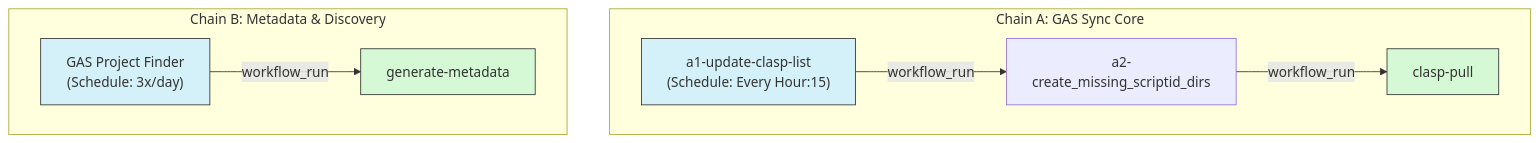
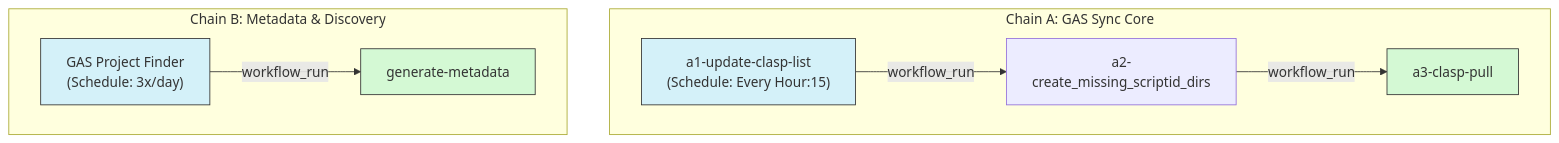
The diagram in .github/workflows/AGENTS.md (TakashiSasaki/gas.moukaeritai.work), drawn with Mermaid before and after one commit. The commit also changed other lines of this file and 1 other file, not shown here.

First line of the commit message:
refactor: rename clasp-pull.yml to a3-clasp-pull.yml

````diff
--- a/.github/workflows/AGENTS.md
+++ b/.github/workflows/AGENTS.md
@@ -58,16 +58,16 @@
 ```mermaid
 graph TD
     subgraph "Chain A: GAS Sync Core"
         A1["a1-update-clasp-list<br/>(Schedule: Every Hour:15)"] -->|workflow_run| A2["a2-create_missing_scriptid_dirs"]
-        A2 -->|workflow_run| A3["clasp-pull"]
+        A2 -->|workflow_run| A3["a3-clasp-pull"]
     end
 
     subgraph "Chain B: Metadata & Discovery"
         B1["GAS Project Finder<br/>(Schedule: 3x/day)"] -->|workflow_run| B2["generate-metadata"]
     end
 
     style A1 fill:#d4f1f9,stroke:#333
     style B1 fill:#d4f1f9,stroke:#333
     style A3 fill:#d4f9d4,stroke:#333
     style B2 fill:#d4f9d4,stroke:#333
 ```
````
